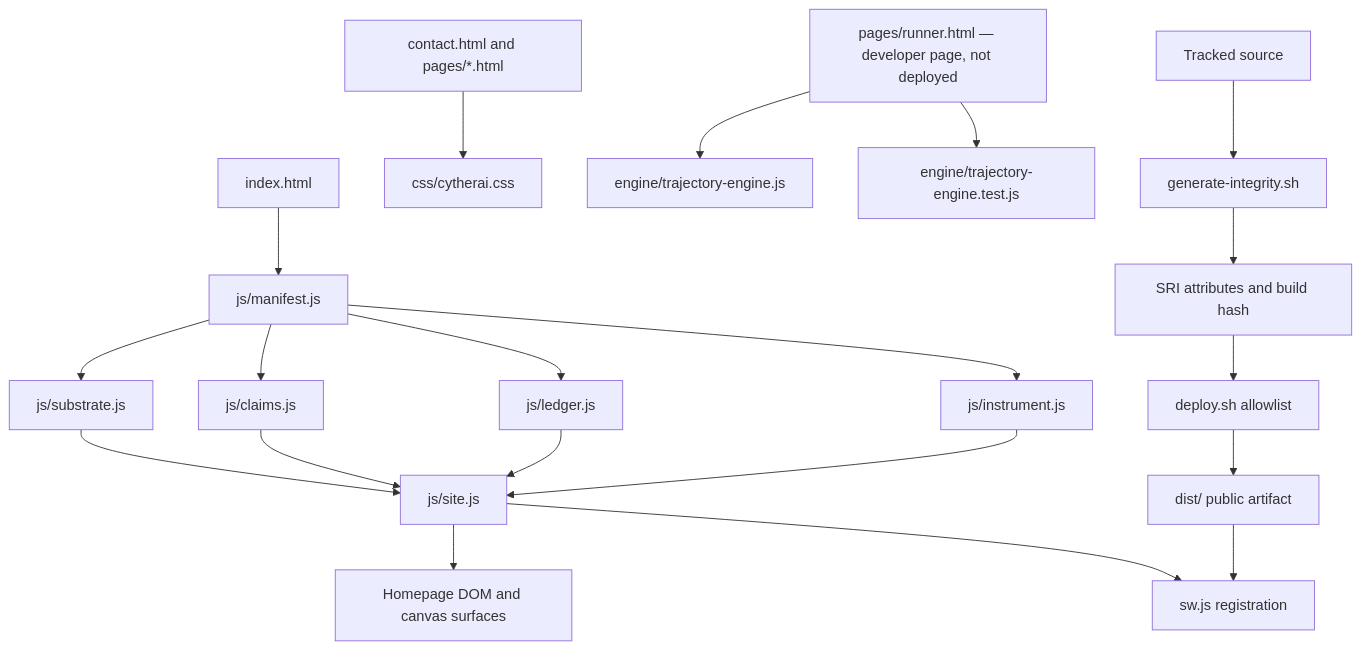
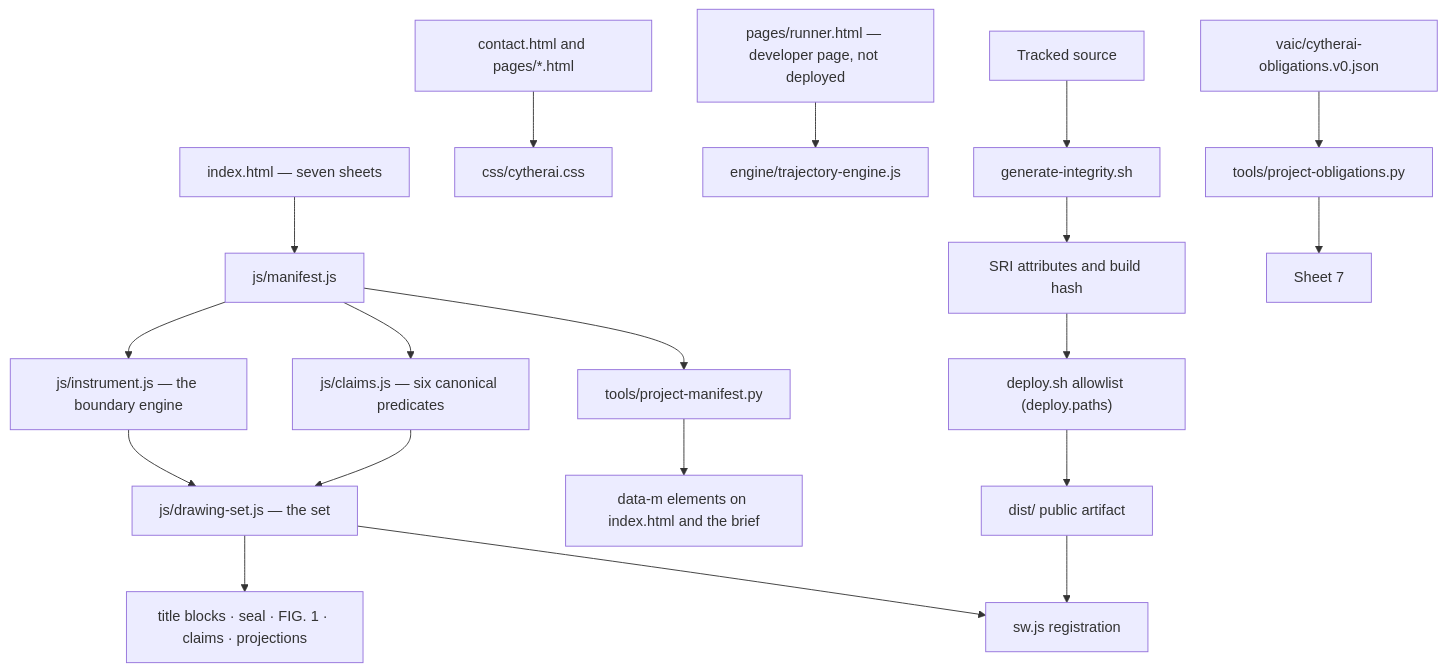
One commit to AethersDev/CytherAI changed the diagram in docs/architecture.md. Above: the diagram before and after it, drawn with Mermaid. The commit also changed other lines of this file and 46 other files, not shown here.

````diff
--- a/docs/architecture.md
+++ b/docs/architecture.md
@@ -10,24 +16,22 @@
 ```mermaid
 flowchart TD
-  I["index.html"] --> M["js/manifest.js"]
-  M --> S["js/substrate.js"]
-  M --> C["js/claims.js"]
-  M --> L["js/ledger.js"]
-  M --> B["js/instrument.js"]
-  S --> G["js/site.js"]
-  C --> G
-  L --> G
-  B --> G
-  G --> DOM["Homepage DOM and canvas surfaces"]
-  G --> SW["sw.js registration"]
+  I["index.html — seven sheets"] --> M["js/manifest.js"]
+  M --> B["js/instrument.js — the boundary engine"]
+  M --> C["js/claims.js — six canonical predicates"]
+  B --> D["js/drawing-set.js — the set"]
+  C --> D
+  D --> DOM["title blocks · seal · FIG. 1 · claims · projections"]
+  D --> SW["sw.js registration"]
 
   P["contact.html and pages/*.html"] --> CSS["css/cytherai.css"]
   R["pages/runner.html — developer page, not deployed"] --> E["engine/trajectory-engine.js"]
-  R --> ET["engine/trajectory-engine.test.js"]
 
   SRC["Tracked source"] --> SRI["generate-integrity.sh"]
   SRI --> ID["SRI attributes and build hash"]
-  ID --> DEP["deploy.sh allowlist"]
+  ID --> DEP["deploy.sh allowlist (deploy.paths)"]
   DEP --> DIST["dist/ public artifact"]
   DIST --> SW
+
+  V["vaic/cytherai-obligations.v0.json"] --> PO["tools/project-obligations.py"] --> S7["Sheet 7"]
+  M --> PM["tools/project-manifest.py"] --> DM["data-m elements on index.html and the brief"]
 ```
````
